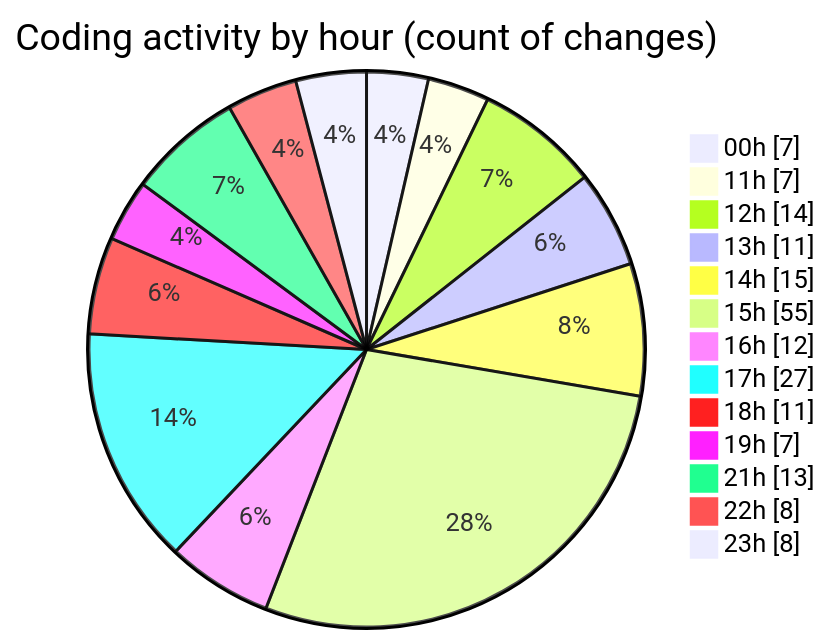
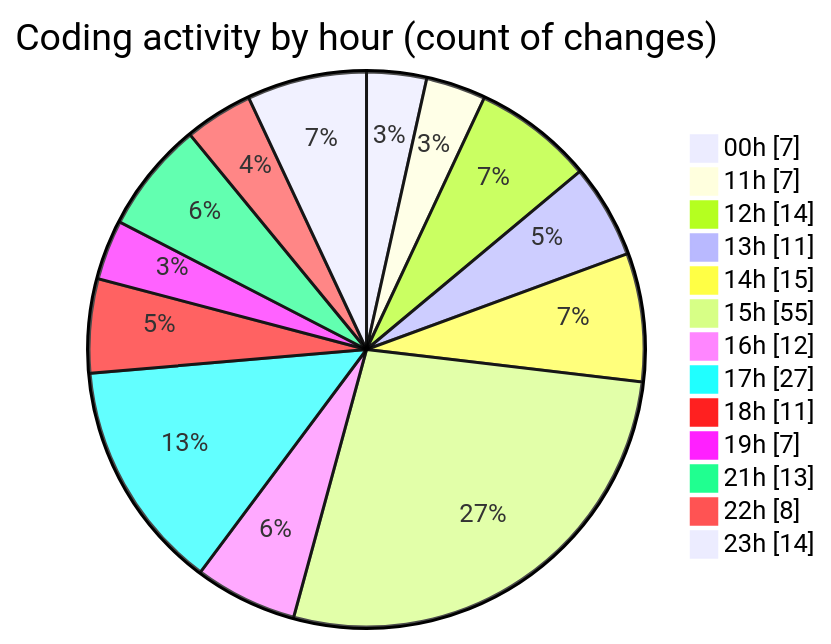
The second of 2 diagrams in 2025-10-08/eventscop-frontend-guide__workspace_/README.md (julien-gomy/code-tracking), drawn with Mermaid before and after one commit. The commit also changed other lines of this file and 1 other file, not shown here.

````diff
--- a/2025-10-08/eventscop-frontend-guide__workspace_/README.md
+++ b/2025-10-08/eventscop-frontend-guide__workspace_/README.md
@@ -78,17 +78,17 @@
 ```mermaid
 pie showData
 title Coding activity by hour (count of changes)
 "00h" : 7
 "11h" : 7
 "12h" : 14
 "13h" : 11
 "14h" : 15
 "15h" : 55
 "16h" : 12
 "17h" : 27
 "18h" : 11
 "19h" : 7
 "21h" : 13
 "22h" : 8
-"23h" : 8
+"23h" : 14
 ```
````
